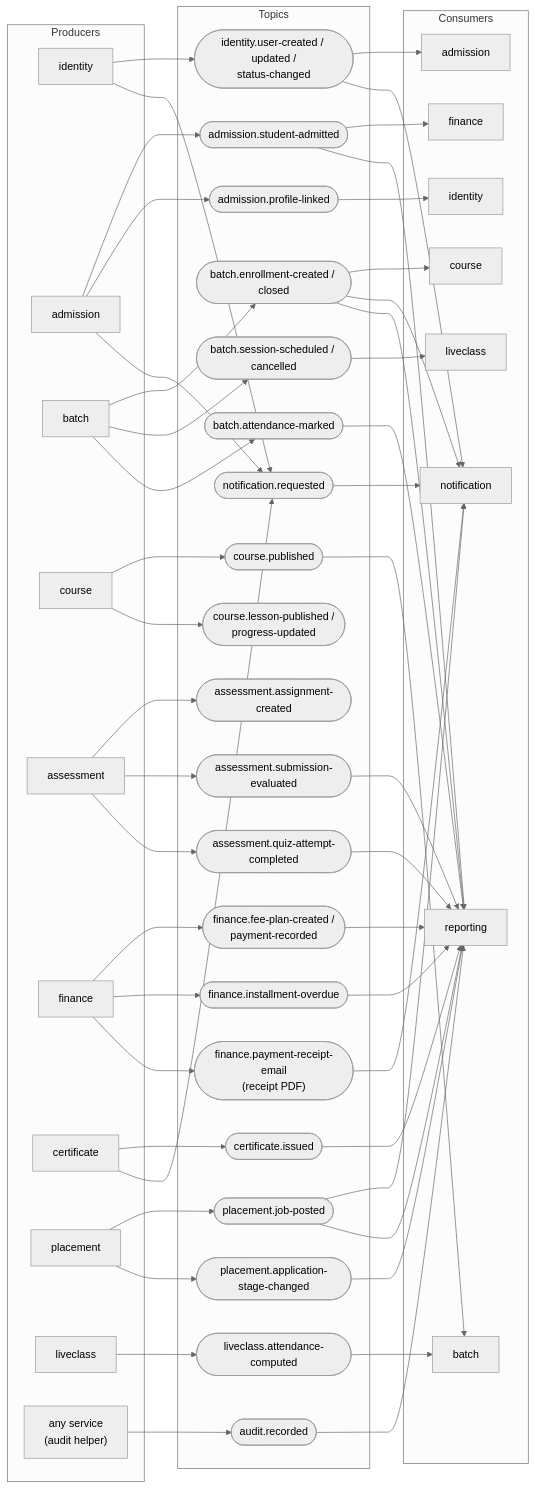
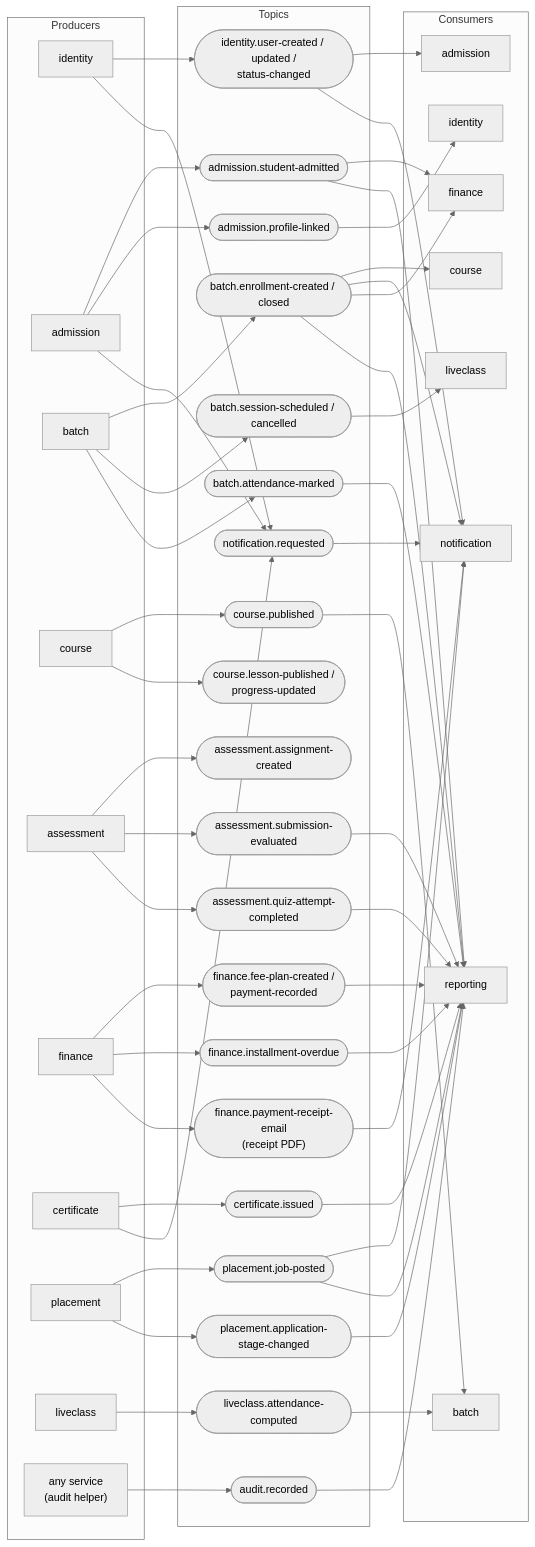
The diagram in docs/diagrams/architecture/04-kafka-events.mmd (rohanrk2810/ITLMS), drawn with Mermaid (neutral theme) before and after one commit. The commit also changed 28 other files, not shown here.

```diff
--- a/docs/diagrams/architecture/04-kafka-events.mmd
+++ b/docs/diagrams/architecture/04-kafka-events.mmd
@@ -1,95 +1,96 @@
 flowchart LR
     %% Producer --> topic --> consumers. Topics are itilms.<service>.<fact>.
     subgraph P["Producers"]
         ID["identity"]
         AD["admission"]
         BA["batch"]
         CR["course"]
         AS["assessment"]
         FN["finance"]
         CE["certificate"]
         PLC["placement"]
         LC["liveclass"]
         ANY["any service<br/>(audit helper)"]
     end
 
     subgraph T["Topics"]
         t1(["identity.user-created / updated /<br/>status-changed"])
         t2(["admission.student-admitted"])
         t3(["admission.profile-linked"])
         t4(["batch.enrollment-created / closed"])
         t5(["batch.session-scheduled / cancelled"])
         t6(["batch.attendance-marked"])
         t7(["course.published"])
         t8(["course.lesson-published /<br/>progress-updated"])
         t9(["assessment.assignment-created"])
         t10(["assessment.submission-evaluated"])
         t11(["assessment.quiz-attempt-completed"])
         t12(["finance.fee-plan-created /<br/>payment-recorded"])
         t13(["finance.installment-overdue"])
         t13b(["finance.payment-receipt-email<br/>(receipt PDF)"])
         t14(["certificate.issued"])
         t15(["placement.job-posted"])
         t16(["placement.application-stage-changed"])
         t17(["liveclass.attendance-computed"])
         t18(["notification.requested"])
         t19(["audit.recorded"])
     end
 
     subgraph C["Consumers"]
         cAD["admission"]
         cID["identity"]
         cCR["course"]
         cBA["batch"]
         cFN["finance"]
         cLC["liveclass"]
         cNO["notification"]
         cRP["reporting"]
     end
 
     ID --> t1
     AD --> t2
     AD --> t3
     BA --> t4
     BA --> t5
     BA --> t6
     CR --> t7
     CR --> t8
     AS --> t9
     AS --> t10
     AS --> t11
     FN --> t12
     FN --> t13
     FN --> t13b
     CE --> t14
     PLC --> t15
     PLC --> t16
     LC --> t17
     ID --> t18
     AD --> t18
     CE --> t18
     ANY --> t19
 
     t1 --> cAD
     t1 --> cNO
     t2 --> cFN
     t2 --> cRP
     t3 --> cID
     t4 --> cCR
     t4 --> cNO
+    t4 --> cFN
     t4 --> cRP
     t5 --> cLC
     t6 --> cRP
     t7 --> cBA
     t10 --> cRP
     t11 --> cRP
     t12 --> cRP
     t13 --> cRP
     t13b --> cNO
     t14 --> cRP
     t15 --> cNO
     t15 --> cRP
     t16 --> cRP
     t17 --> cBA
     t18 --> cNO
     t19 --> cRP
```
